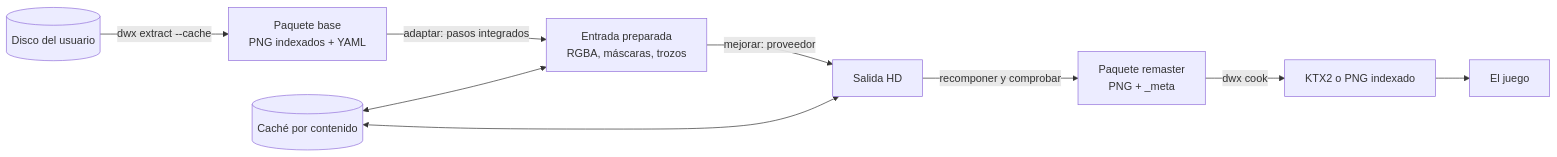
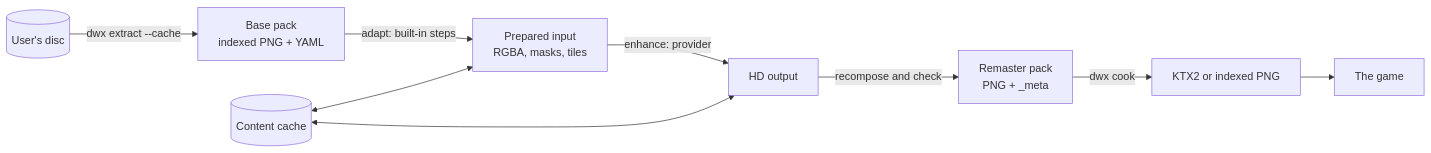
One commit to Indie-Modding-Games/dw-engine changed the diagram in docs/architecture/remaster-pipeline.md. Above: the diagram before and after it, drawn with Mermaid. The commit also changed other lines of this file and 1244 other files, not shown here.

````diff
--- a/docs/architecture/remaster-pipeline.md
+++ b/docs/architecture/remaster-pipeline.md
@@ -14,11 +14,11 @@
 ```mermaid
 flowchart LR
-    disc[(Disco del usuario)] -->|dwx extract --cache| base[Paquete base<br/>PNG indexados + YAML]
-    base -->|adaptar: pasos integrados| prep[Entrada preparada<br/>RGBA, máscaras, trozos]
-    prep -->|mejorar: proveedor| hd[Salida HD]
-    hd -->|recomponer y comprobar| remaster[Paquete remaster<br/>PNG + _meta]
-    remaster -->|dwx cook| cooked[KTX2 o PNG indexado]
-    cooked --> game[El juego]
-    cache[(Caché por contenido)] <--> prep
+    disc[(User's disc)] -->|dwx extract --cache| base[Base pack<br/>indexed PNG + YAML]
+    base -->|adapt: built-in steps| prep[Prepared input<br/>RGBA, masks, tiles]
+    prep -->|enhance: provider| hd[HD output]
+    hd -->|recompose and check| remaster[Remaster pack<br/>PNG + _meta]
+    remaster -->|dwx cook| cooked[KTX2 or indexed PNG]
+    cooked --> game[The game]
+    cache[(Content cache)] <--> prep
     cache <--> hd
 ```
````
